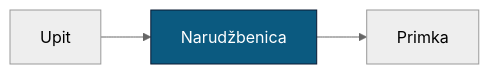
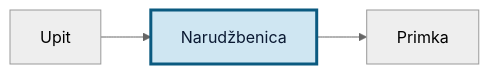
Before and after one commit to Tom-PIT/Connected.Docs: the diagram in hr/Domene/Nabava/Dokumenti/Narudzbenice.md, drawn with Mermaid (neutral theme). The commit also changed 7 other files, not shown here.

First line of the commit message:
docs(hr): maintenance execution and lifecycle diagrams

````diff
--- a/hr/Domene/Nabava/Dokumenti/Narudzbenice.md
+++ b/hr/Domene/Nabava/Dokumenti/Narudzbenice.md
@@ -25,6 +25,6 @@
 ```mermaid
 flowchart LR
   IN[Upit] --> SU[Narudžbenica] --> RE[Primka]
-  classDef current fill:#0b5a80,stroke:#0b1a33,color:#fff
+  classDef current fill:#cfe6f2,stroke:#0b5a80,stroke-width:3px,color:#0b1a33
   class SU current
 ```
````
